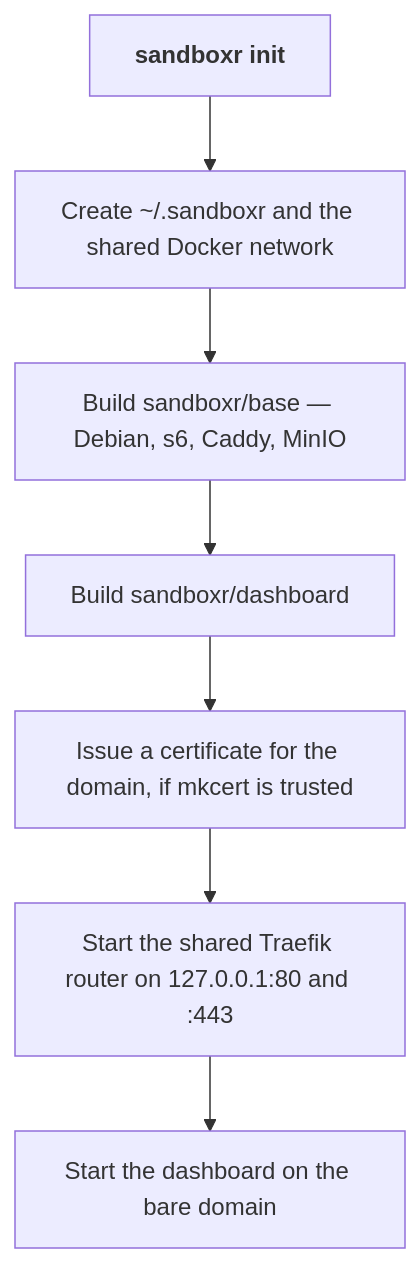
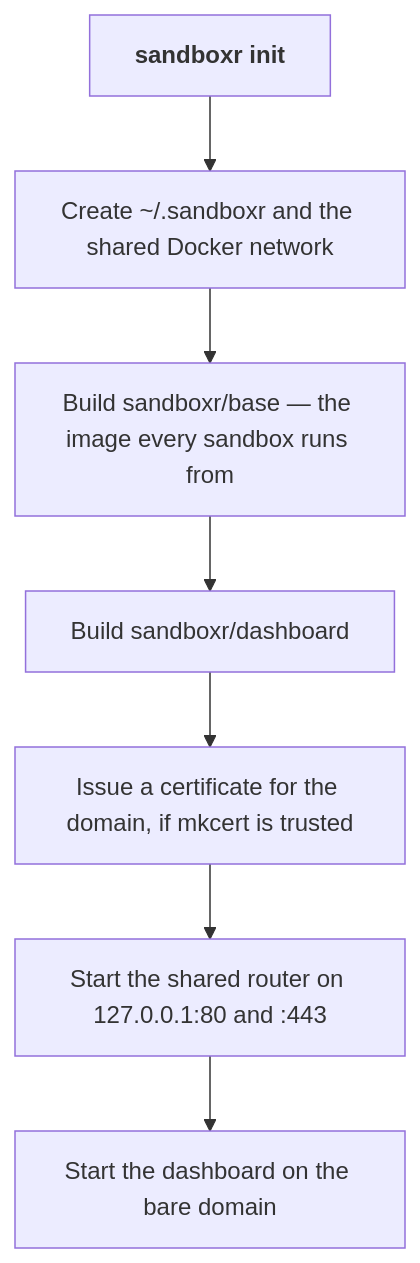
One commit to mattmoran56/sandboxer-core changed the diagram in docs/getting-started/install.md. Above: the diagram before and after it, drawn with Mermaid. The commit also changed other lines of this file and 43 other files, not shown here.

````diff
--- a/docs/getting-started/install.md
+++ b/docs/getting-started/install.md
@@ -42,11 +89,11 @@
 ```mermaid
 flowchart TB
   a["<b>sandboxr init</b>"]
   b["Create ~/.sandboxr and the shared Docker network"]
-  c["Build sandboxr/base — Debian, s6, Caddy, MinIO"]
+  c["Build sandboxr/base — the image every sandbox runs from"]
   d["Build sandboxr/dashboard"]
   e["Issue a certificate for the domain, if mkcert is trusted"]
-  f["Start the shared Traefik router on 127.0.0.1:80 and :443"]
+  f["Start the shared router on 127.0.0.1:80 and :443"]
   g["Start the dashboard on the bare domain"]
   a --> b --> c --> d --> e --> f --> g
 ```
````
